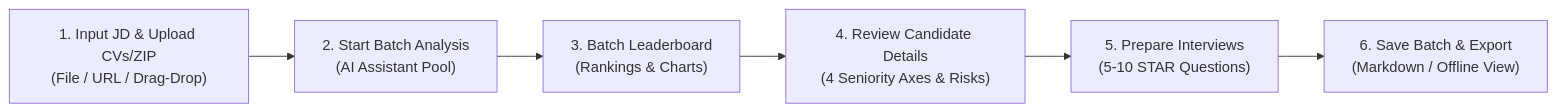
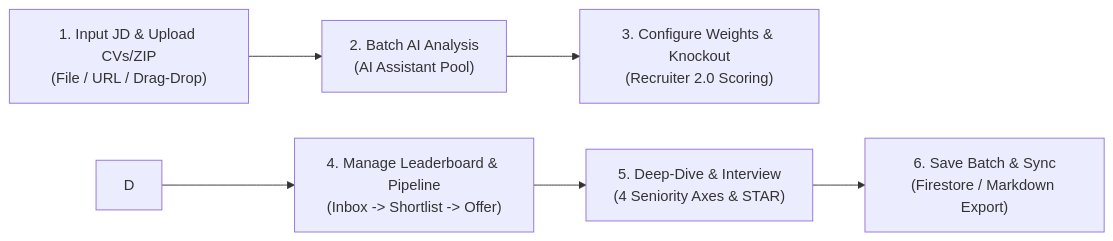
One commit to vutch86-cmyk/rolematch2 changed the first of 2 diagrams in docs/RECRUITER_USER_GUIDE_EN.md. Above: the diagram before and after it, drawn with Mermaid. The commit also changed other lines of this file and 18 other files, not shown here.

Commit message:
feat(recruiter): implement Phase 3 Recruiter Module 2.0 with scoring weights, knockout rules, deep-dive comparison and hiring pipeline

````diff
--- a/docs/RECRUITER_USER_GUIDE_EN.md
+++ b/docs/RECRUITER_USER_GUIDE_EN.md
@@ -24,8 +26,8 @@
 ```mermaid
 flowchart LR
-    A["1. Input JD & Upload CVs/ZIP<br/>(File / URL / Drag-Drop)"] --> B["2. Start Batch Analysis<br/>(AI Assistant Pool)"]
-    B --> C["3. Batch Leaderboard<br/>(Rankings & Charts)"]
-    C --> D["4. Review Candidate Details<br/>(4 Seniority Axes & Risks)"]
-    D --> E["5. Prepare Interviews<br/>(5-10 STAR Questions)"]
-    E --> F["6. Save Batch & Export<br/>(Markdown / Offline View)"]
+    A["1. Input JD & Upload CVs/ZIP<br/>(File / URL / Drag-Drop)"] --> B["2. Batch AI Analysis<br/>(AI Assistant Pool)"]
+    B --> C["3. Configure Weights & Knockout<br/>(Recruiter 2.0 Scoring)"]
+    D --> E["4. Manage Leaderboard & Pipeline<br/>(Inbox -> Shortlist -> Offer)"]
+    E --> F["5. Deep-Dive & Interview<br/>(4 Seniority Axes & STAR)"]
+    F --> G["6. Save Batch & Sync<br/>(Firestore / Markdown Export)"]
 ```
````
